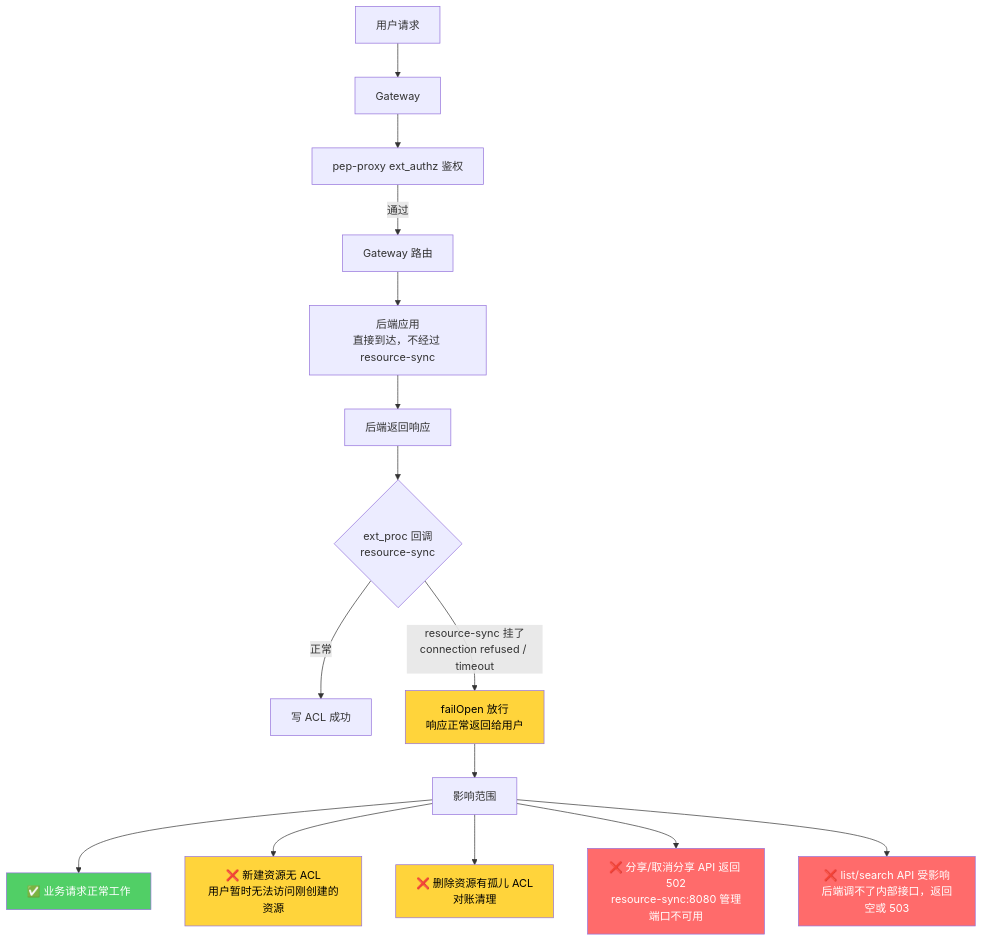
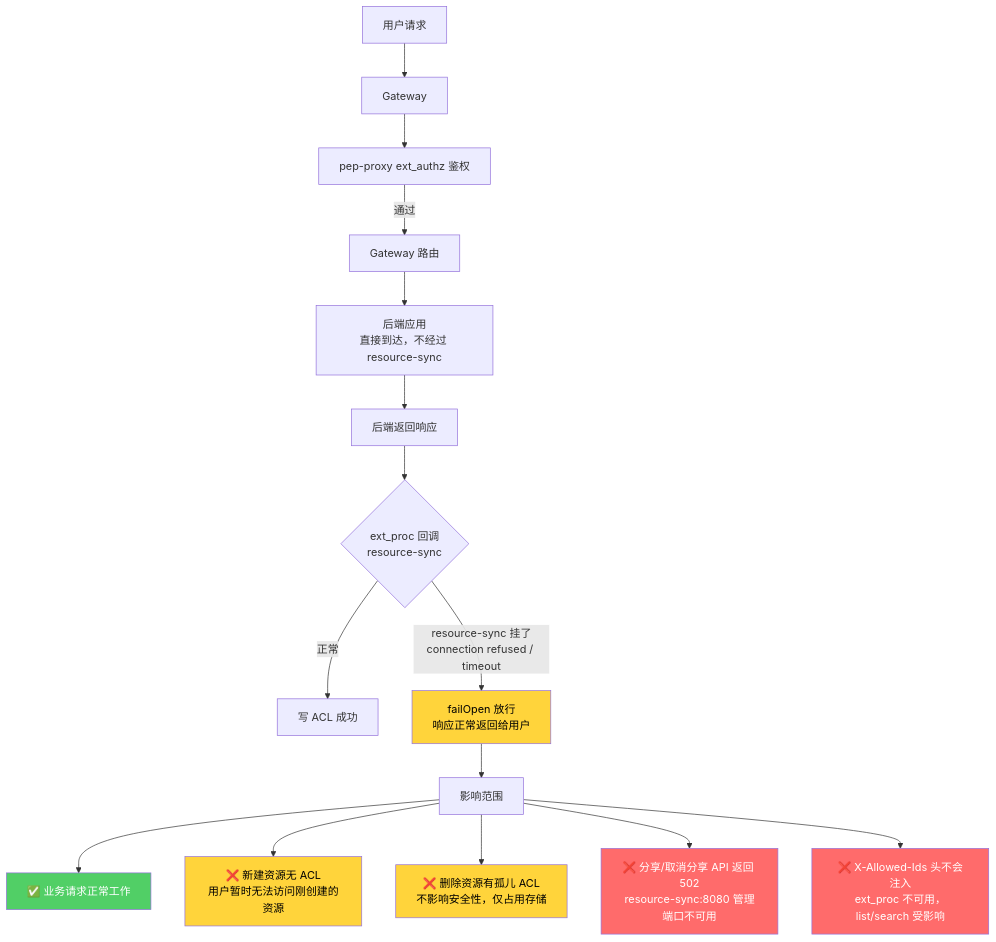
One commit to xiewanchao/aidp-iam changed the fourth of 14 diagrams in diagrams/failure-scenarios.md. Above: the diagram before and after it, drawn with Mermaid. The commit also changed other lines of this file and 43 other files, not shown here.

First line of the commit message:
feat: IAM v2.0 - groups model, resource ACL, ext_proc, API Key auth

````diff
--- a/diagrams/failure-scenarios.md
+++ b/diagrams/failure-scenarios.md
@@ -162,26 +153,26 @@
 ```mermaid
 flowchart TD
     U[用户请求] --> GW[Gateway]
     GW --> PEP[pep-proxy ext_authz 鉴权]
     PEP -->|通过| GW2[Gateway 路由]
     GW2 --> APP[后端应用<br/>直接到达，不经过 resource-sync]
     APP --> RESP[后端返回响应]
     RESP --> EP{"ext_proc 回调<br/>resource-sync"}
 
     EP -->|正常| SYNC[写 ACL 成功]
     EP -->|"resource-sync 挂了<br/>connection refused / timeout"| FAILOPEN["failOpen 放行<br/>响应正常返回给用户"]
 
     FAILOPEN --> IMPACT["影响范围"]
     IMPACT --> I1["✅ 业务请求正常工作"]
     IMPACT --> I2["❌ 新建资源无 ACL<br/>用户暂时无法访问刚创建的资源"]
-    IMPACT --> I3["❌ 删除资源有孤儿 ACL<br/>对账清理"]
+    IMPACT --> I3["❌ 删除资源有孤儿 ACL<br/>不影响安全性，仅占用存储"]
     IMPACT --> I4["❌ 分享/取消分享 API 返回 502<br/>resource-sync:8080 管理端口不可用"]
-    IMPACT --> I5["❌ list/search API 受影响<br/>后端调不了内部接口，返回空或 503"]
+    IMPACT --> I5["❌ X-Allowed-Ids 头不会注入<br/>ext_proc 不可用，list/search 受影响"]
 
     style FAILOPEN fill:#ffd43b,color:#000
     style I1 fill:#51cf66,color:#fff
     style I2 fill:#ffd43b,color:#000
     style I3 fill:#ffd43b,color:#000
     style I4 fill:#ff6b6b,color:#fff
     style I5 fill:#ff6b6b,color:#fff
 ```
````
